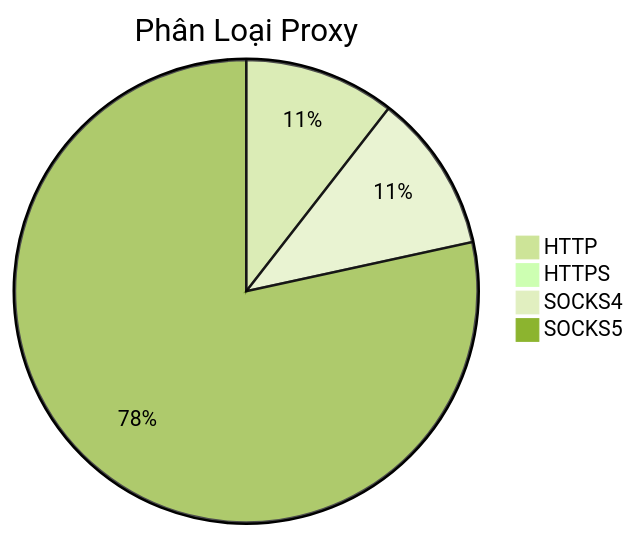
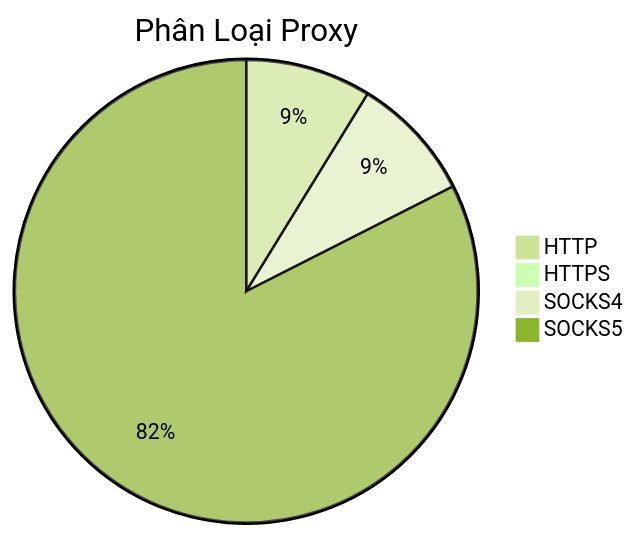
One commit to Ciara-Aa/PROXY-free changed the diagram in README.md. Above: the diagram before and after it, drawn with Mermaid (forest theme). The commit also changed other lines of this file and 4 other files, not shown here.

````diff
--- a/README.md
+++ b/README.md
@@ -26,7 +26,7 @@
 ```mermaid
 pie title Phân Loại Proxy
-    "HTTP" : 295
-    "HTTPS" : 3
-    "SOCKS4" : 310
-    "SOCKS5" : 2197
+    "HTTP" : 312
+    "HTTPS" : 1
+    "SOCKS4" : 311
+    "SOCKS5" : 2932
 ```
````
